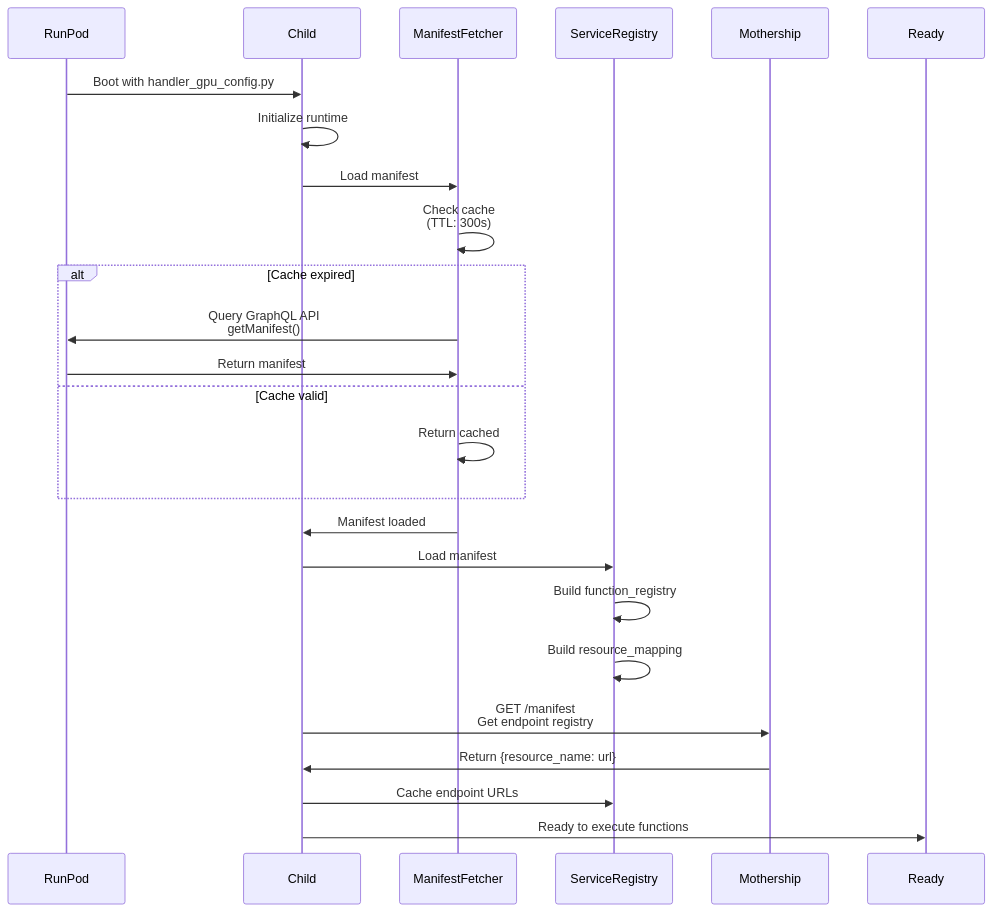
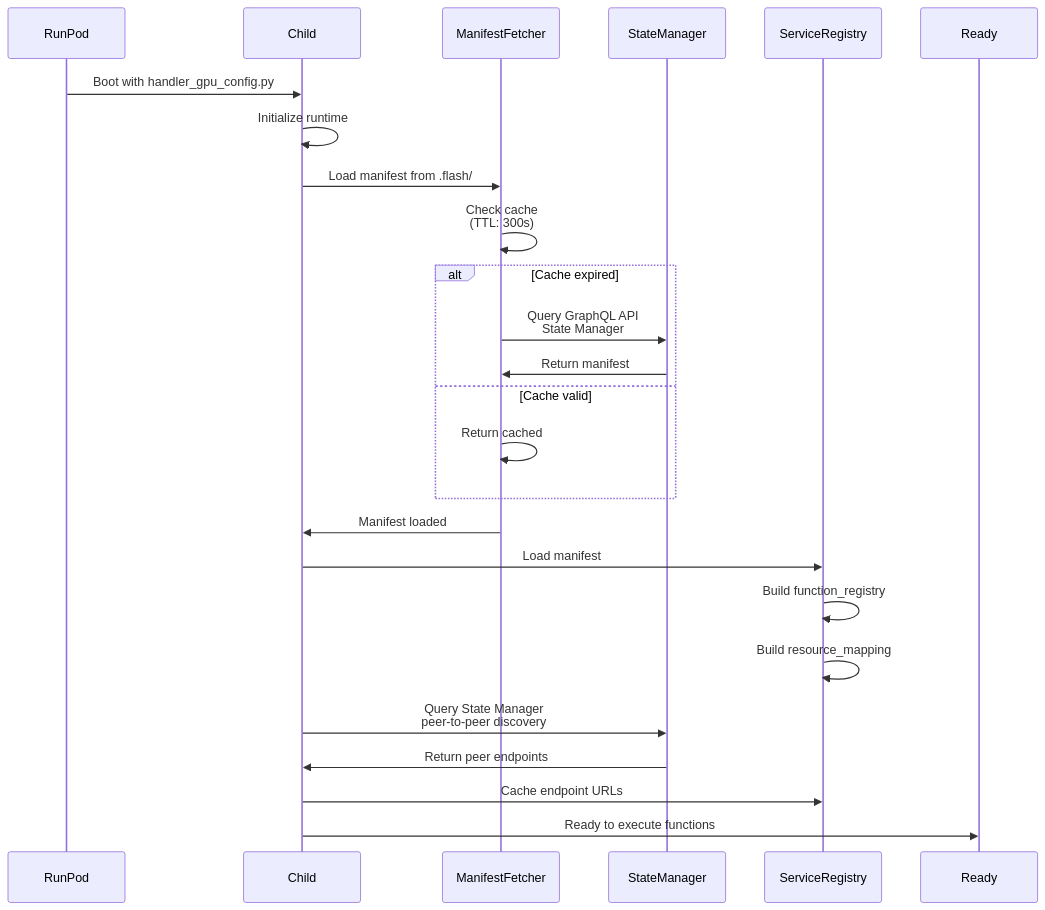
The fifth of 9 diagrams in docs/Flash_Deploy_Guide.md (runpod/tetra-rp), drawn with Mermaid before and after one commit. The commit also changed other lines of this file and 5 other files, not shown here.

First line of the commit message:
refactor: remove legacy /manifest endpoint and update deployment documentation

````diff
--- a/docs/Flash_Deploy_Guide.md
+++ b/docs/Flash_Deploy_Guide.md
@@ -361,21 +354,21 @@
 ```mermaid
 sequenceDiagram
     RunPod->>Child: Boot with handler_gpu_config.py
     Child->>Child: Initialize runtime
-    Child->>ManifestFetcher: Load manifest
+    Child->>ManifestFetcher: Load manifest from .flash/
     ManifestFetcher->>ManifestFetcher: Check cache<br/>(TTL: 300s)
     alt Cache expired
-        ManifestFetcher->>RunPod: Query GraphQL API<br/>getManifest()
-        RunPod->>ManifestFetcher: Return manifest
+        ManifestFetcher->>StateManager: Query GraphQL API<br/>State Manager
+        StateManager->>ManifestFetcher: Return manifest
     else Cache valid
         ManifestFetcher->>ManifestFetcher: Return cached
     end
     ManifestFetcher->>Child: Manifest loaded
     Child->>ServiceRegistry: Load manifest
     ServiceRegistry->>ServiceRegistry: Build function_registry
     ServiceRegistry->>ServiceRegistry: Build resource_mapping
-    Child->>Mothership: GET /manifest<br/>Get endpoint registry
-    Mothership->>Child: Return {resource_name: url}
+    Child->>StateManager: Query State Manager<br/>peer-to-peer discovery
+    StateManager->>Child: Return peer endpoints
     Child->>ServiceRegistry: Cache endpoint URLs
     Child->>Ready: Ready to execute functions
 ```
````
